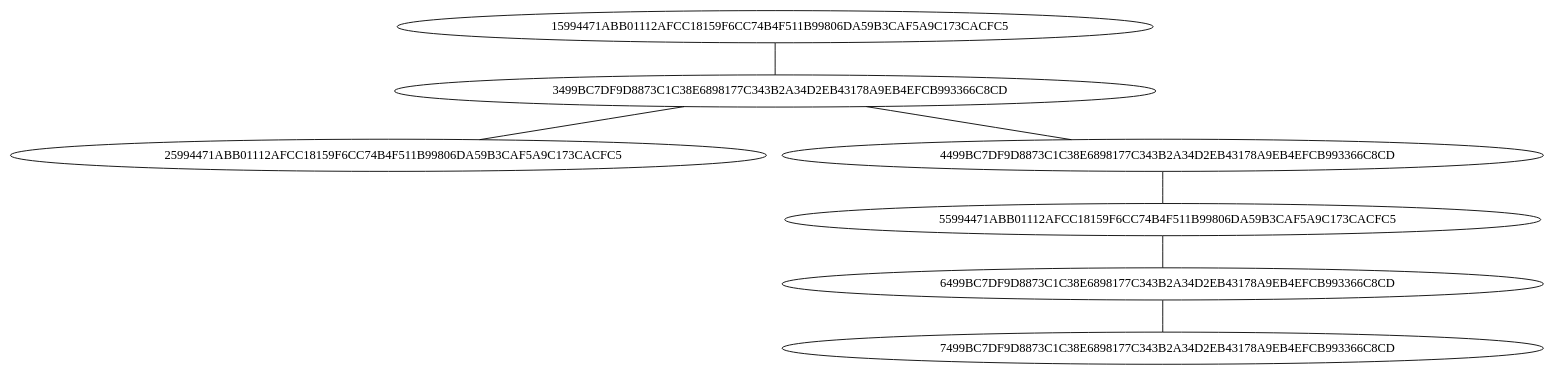
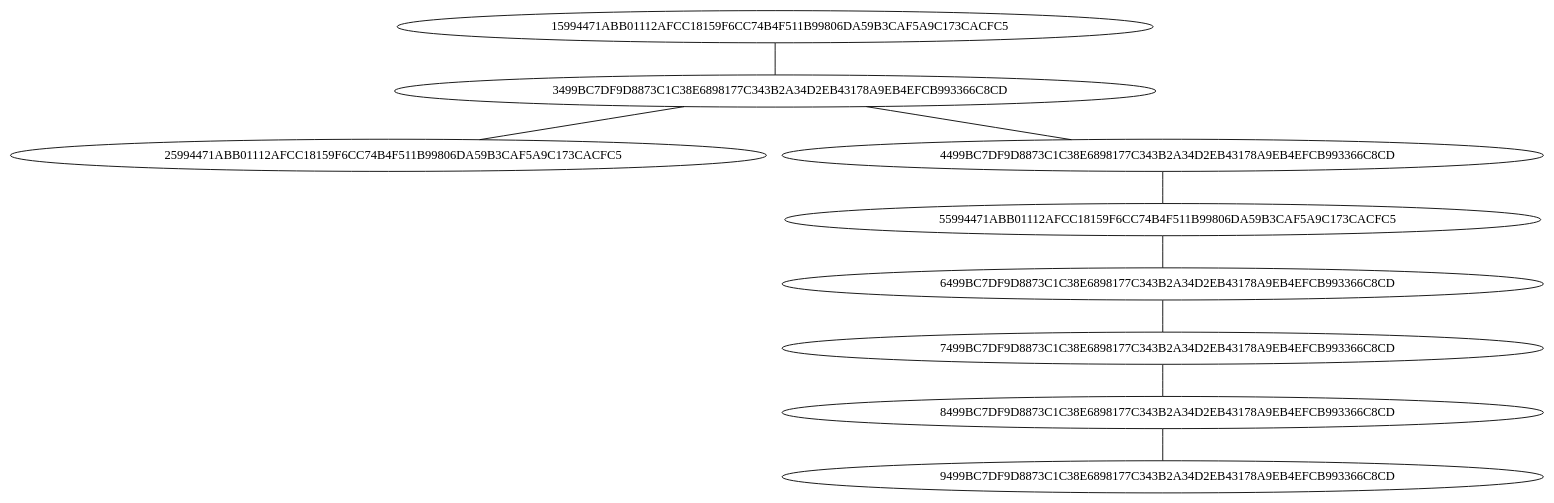
One commit to nxz7/EDD_PROYECTO-_202200007 changed the diagram in FASE3/sucursales_bst.dot. Above: the diagram before and after it, drawn with Graphviz. The commit also changed 16 other files, not shown here.

```diff
--- a/FASE3/sucursales_bst.dot
+++ b/FASE3/sucursales_bst.dot
@@ -1,15 +1,19 @@
 graph{
      1 [label="    15994471ABB01112AFCC18159F6CC74B4F511B99806DA59B3CAF5A9C173CACFC5"];
      1 --     2;
      2 [label="    3499BC7DF9D8873C1C38E6898177C343B2A34D2EB43178A9EB4EFCB993366C8CD"];
      2 --     3;
      2 --     4;
      3 [label="    25994471ABB01112AFCC18159F6CC74B4F511B99806DA59B3CAF5A9C173CACFC5"];
      4 [label="    4499BC7DF9D8873C1C38E6898177C343B2A34D2EB43178A9EB4EFCB993366C8CD"];
      4 --     5;
      5 [label="    55994471ABB01112AFCC18159F6CC74B4F511B99806DA59B3CAF5A9C173CACFC5"];
      5 --     6;
      6 [label="    6499BC7DF9D8873C1C38E6898177C343B2A34D2EB43178A9EB4EFCB993366C8CD"];
      6 --     7;
      7 [label="    7499BC7DF9D8873C1C38E6898177C343B2A34D2EB43178A9EB4EFCB993366C8CD"];
+     7 --     8;
+     8 [label="    8499BC7DF9D8873C1C38E6898177C343B2A34D2EB43178A9EB4EFCB993366C8CD"];
+     8 --     9;
+     9 [label="    9499BC7DF9D8873C1C38E6898177C343B2A34D2EB43178A9EB4EFCB993366C8CD"];
 }
```
